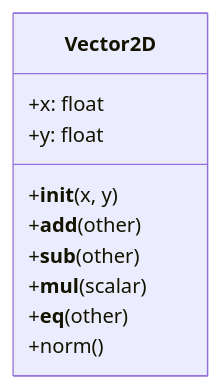
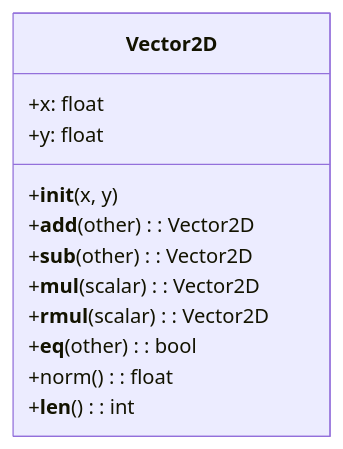
Before and after one commit to Lagmouchyoussef/Python-Practical-Works: the tenth of 22 diagrams in README.md, drawn with Mermaid. The commit also changed other lines of this file, not shown here.

````diff
--- a/README.md
+++ b/README.md
@@ -278,13 +381,15 @@
 ```mermaid
 classDiagram
     class Vector2D {
         +x: float
         +y: float
         +__init__(x, y)
-        +__add__(other)
-        +__sub__(other)
-        +__mul__(scalar)
-        +__eq__(other)
-        +norm()
+        +__add__(other): Vector2D
+        +__sub__(other): Vector2D
+        +__mul__(scalar): Vector2D
+        +__rmul__(scalar): Vector2D
+        +__eq__(other): bool
+        +norm(): float
+        +__len__(): int
     }
 ```
````
